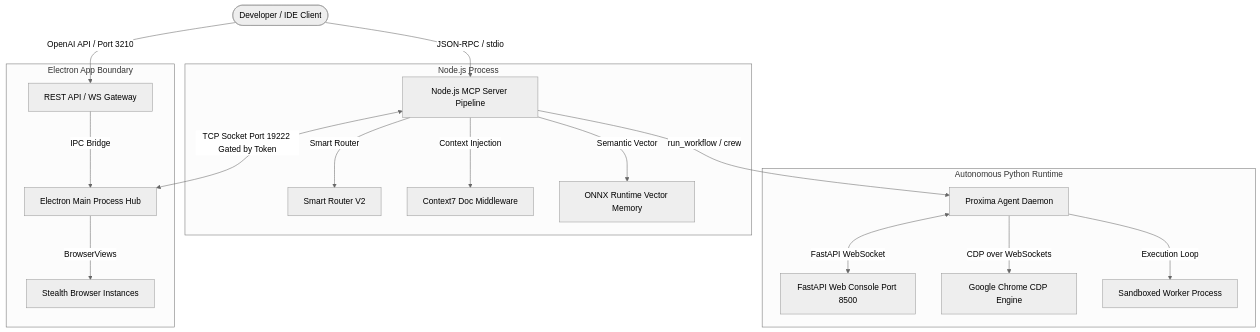
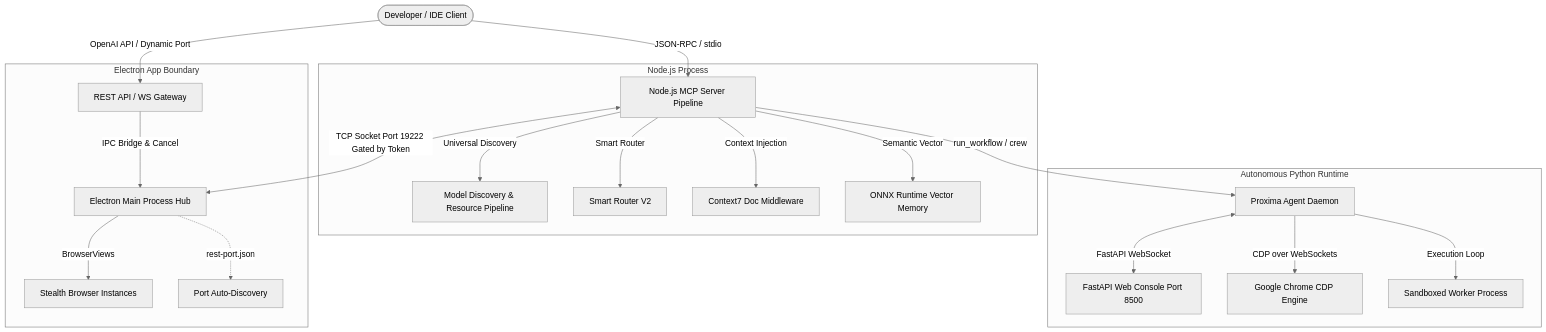
One commit to Zen4-bit/Proxima changed the diagram in docs/architecture.md. Above: the diagram before and after it, drawn with Mermaid (neutral theme). The commit also changed other lines of this file and 75 other files, not shown here.

````diff
--- a/docs/architecture.md
+++ b/docs/architecture.md
@@ -5,26 +5,28 @@
 ```mermaid
 graph TD
     User([Developer / IDE Client]) -->|JSON-RPC / stdio| MCP[Node.js MCP Server Pipeline]
-    User -->|OpenAI API / Port 3210| REST[REST API / WS Gateway]
+    User -->|OpenAI API / Dynamic Port| REST[REST API / WS Gateway]
     
     subgraph Electron App Boundary
-        REST -->|IPC Bridge| Electron[Electron Main Process Hub]
+        REST -->|IPC Bridge & Cancel| Electron[Electron Main Process Hub]
         Electron -->|BrowserViews| Chrome[Stealth Browser Instances]
+        Electron -.->|rest-port.json| Discovery[Port Auto-Discovery]
     end
     
     subgraph Node.js Process
+        MCP -->|Universal Discovery| ModelPipe[Model Discovery & Resource Pipeline]
         MCP -->|Smart Router| Router[Smart Router V2]
         MCP -->|Context Injection| C7[Context7 Doc Middleware]
         MCP -->|Semantic Vector| ONNX[ONNX Runtime Vector Memory]
     end
     
     MCP <-->|TCP Socket Port 19222 Gated by Token| Electron
     
     subgraph Autonomous Python Runtime
         Agent[Proxima Agent Daemon] <-->|FastAPI WebSocket| Web[FastAPI Web Console Port 8500]
         Agent -->|CDP over WebSockets| DevTools[Google Chrome CDP Engine]
         Agent -->|Execution Loop| Worker[Sandboxed Worker Process]
     end
     
     MCP -->|run_workflow / crew| Agent
 ```
````
